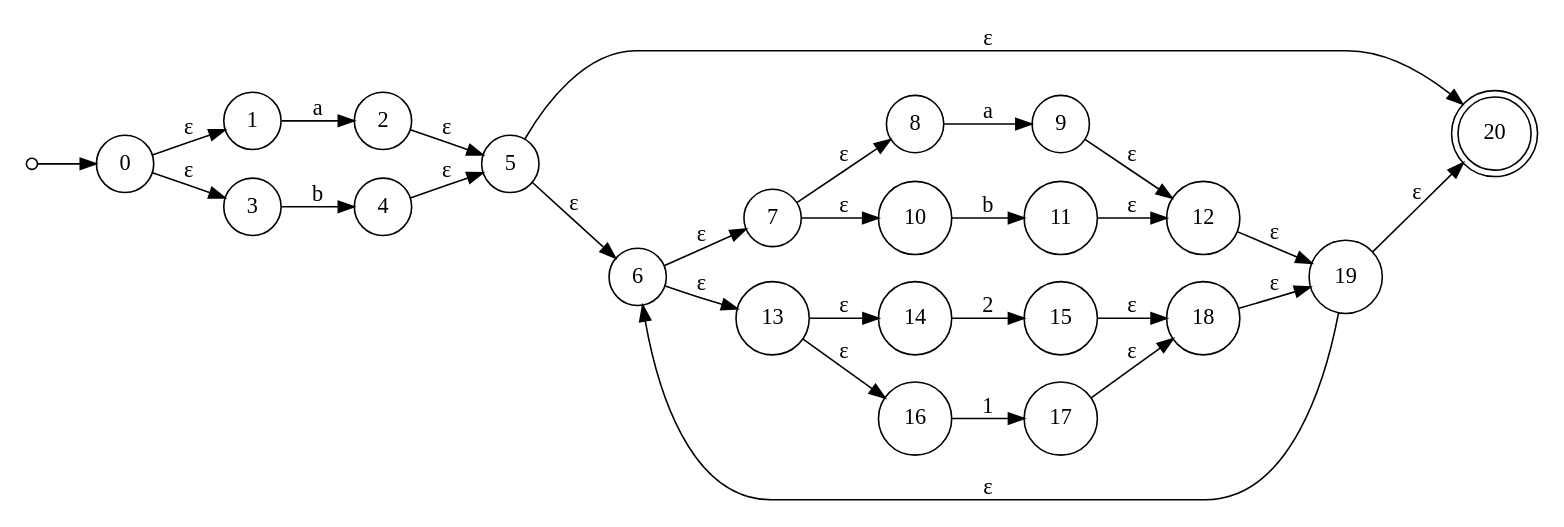
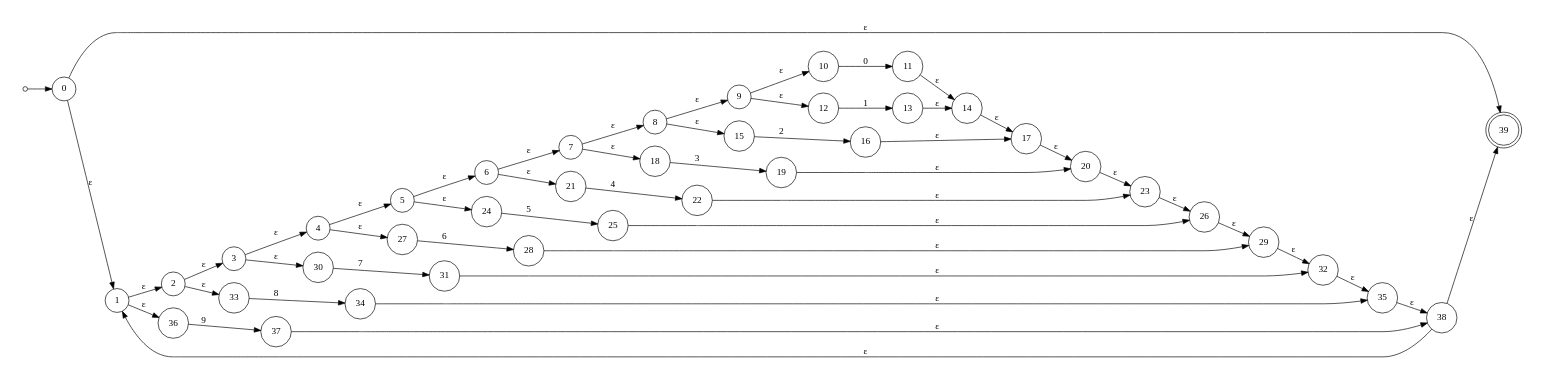
Before and after one commit to EstebanAG1005/LaboratorioC-Lenguajes: the diagram in nfa4.gv, drawn with Graphviz. The commit also changed 24 other files, not shown here.

```diff
--- a/nfa4.gv
+++ b/nfa4.gv
@@ -1,34 +1,58 @@
 digraph {
 	rankdir=LR size="8,5"
 	node [shape=doublecircle]
-	20
+	39
 	node [shape=circle]
 	start [label="" height=0.1 width=0.1]
 	start -> 0 [label=""]
 	0 -> 1 [label="ε"]
-	0 -> 3 [label="ε"]
-	1 -> 2 [label=a]
-	3 -> 4 [label=b]
-	2 -> 5 [label="ε"]
+	0 -> 39 [label="ε"]
+	1 -> 2 [label="ε"]
+	1 -> 36 [label="ε"]
+	2 -> 3 [label="ε"]
+	2 -> 33 [label="ε"]
+	3 -> 4 [label="ε"]
+	3 -> 30 [label="ε"]
 	4 -> 5 [label="ε"]
+	4 -> 27 [label="ε"]
 	5 -> 6 [label="ε"]
-	5 -> 20 [label="ε"]
+	5 -> 24 [label="ε"]
 	6 -> 7 [label="ε"]
-	6 -> 13 [label="ε"]
+	6 -> 21 [label="ε"]
 	7 -> 8 [label="ε"]
-	7 -> 10 [label="ε"]
-	8 -> 9 [label=a]
-	10 -> 11 [label=b]
+	7 -> 18 [label="ε"]
+	8 -> 9 [label="ε"]
+	8 -> 15 [label="ε"]
+	9 -> 10 [label="ε"]
 	9 -> 12 [label="ε"]
-	11 -> 12 [label="ε"]
+	10 -> 11 [label=0]
+	12 -> 13 [label=1]
+	11 -> 14 [label="ε"]
 	13 -> 14 [label="ε"]
-	13 -> 16 [label="ε"]
-	14 -> 15 [label=2]
-	16 -> 17 [label=1]
-	15 -> 18 [label="ε"]
-	17 -> 18 [label="ε"]
-	12 -> 19 [label="ε"]
-	18 -> 19 [label="ε"]
-	19 -> 6 [label="ε"]
+	15 -> 16 [label=2]
+	14 -> 17 [label="ε"]
+	16 -> 17 [label="ε"]
+	18 -> 19 [label=3]
+	17 -> 20 [label="ε"]
 	19 -> 20 [label="ε"]
+	21 -> 22 [label=4]
+	20 -> 23 [label="ε"]
+	22 -> 23 [label="ε"]
+	24 -> 25 [label=5]
+	23 -> 26 [label="ε"]
+	25 -> 26 [label="ε"]
+	27 -> 28 [label=6]
+	26 -> 29 [label="ε"]
+	28 -> 29 [label="ε"]
+	30 -> 31 [label=7]
+	29 -> 32 [label="ε"]
+	31 -> 32 [label="ε"]
+	33 -> 34 [label=8]
+	32 -> 35 [label="ε"]
+	34 -> 35 [label="ε"]
+	36 -> 37 [label=9]
+	35 -> 38 [label="ε"]
+	37 -> 38 [label="ε"]
+	38 -> 1 [label="ε"]
+	38 -> 39 [label="ε"]
 }
```
